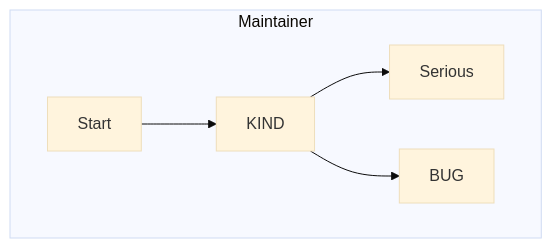
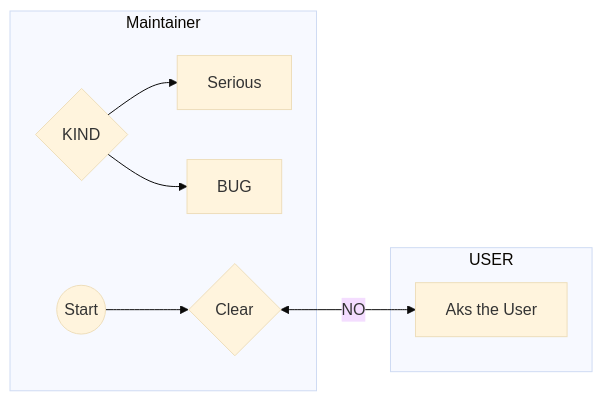
Before and after one commit to GFGMNET/Workspace: the diagram in docs/workflow_bug.md, drawn with Mermaid (base theme).

````diff
--- a/docs/workflow_bug.md
+++ b/docs/workflow_bug.md
@@ -1,16 +1,21 @@
 ```mermaid
-flowchart TD
+flowchart LR
  subgraph Maintainer
-  STA[Start]
+  STA@{ shape: circle, label: "Start" }
   DEA[Serious]
   BUG[BUG]
-  KIN[KIND]
+  CLE{Clear}
+  KIN{KIND}
+ end
+ subgraph USER
+  COM[Aks the User]
  end
  
- STA --> KIN
+ STA --> CLE
+ CLE <--> |NO|COM 
  KIN --> DEA
  KIN --> BUG
  
 
  
 ```
````
